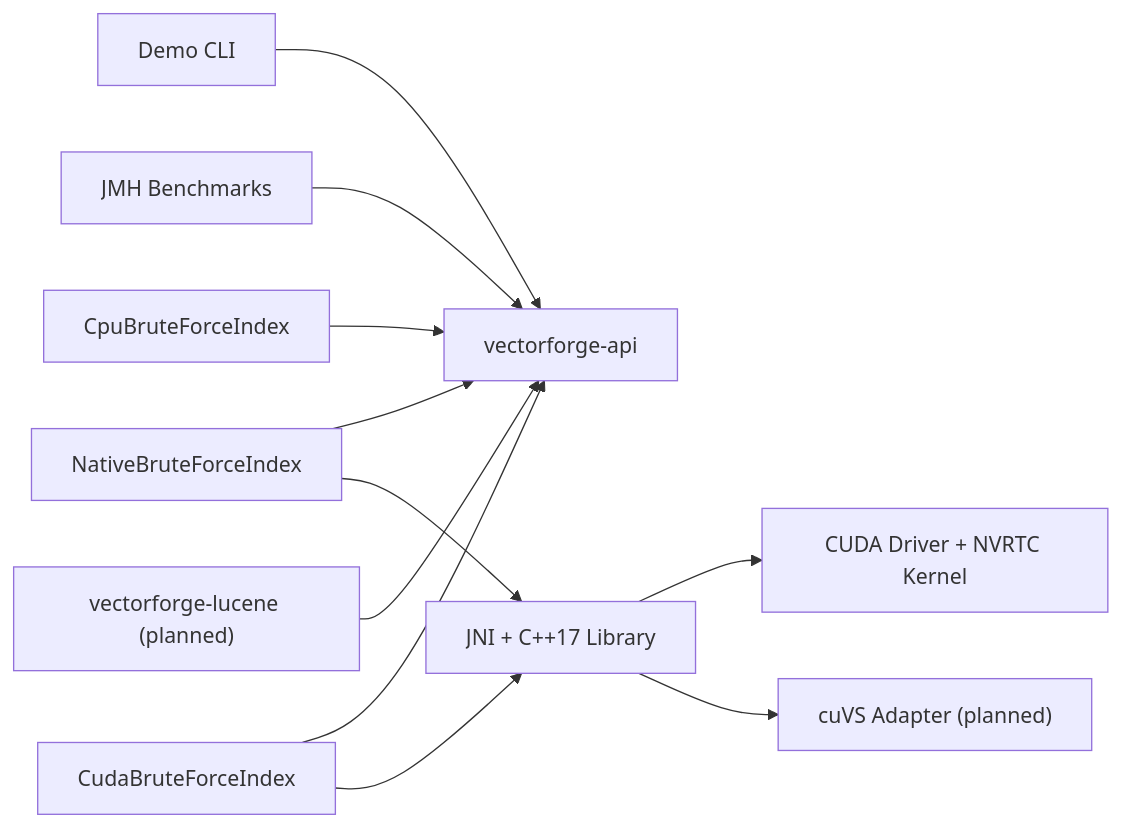
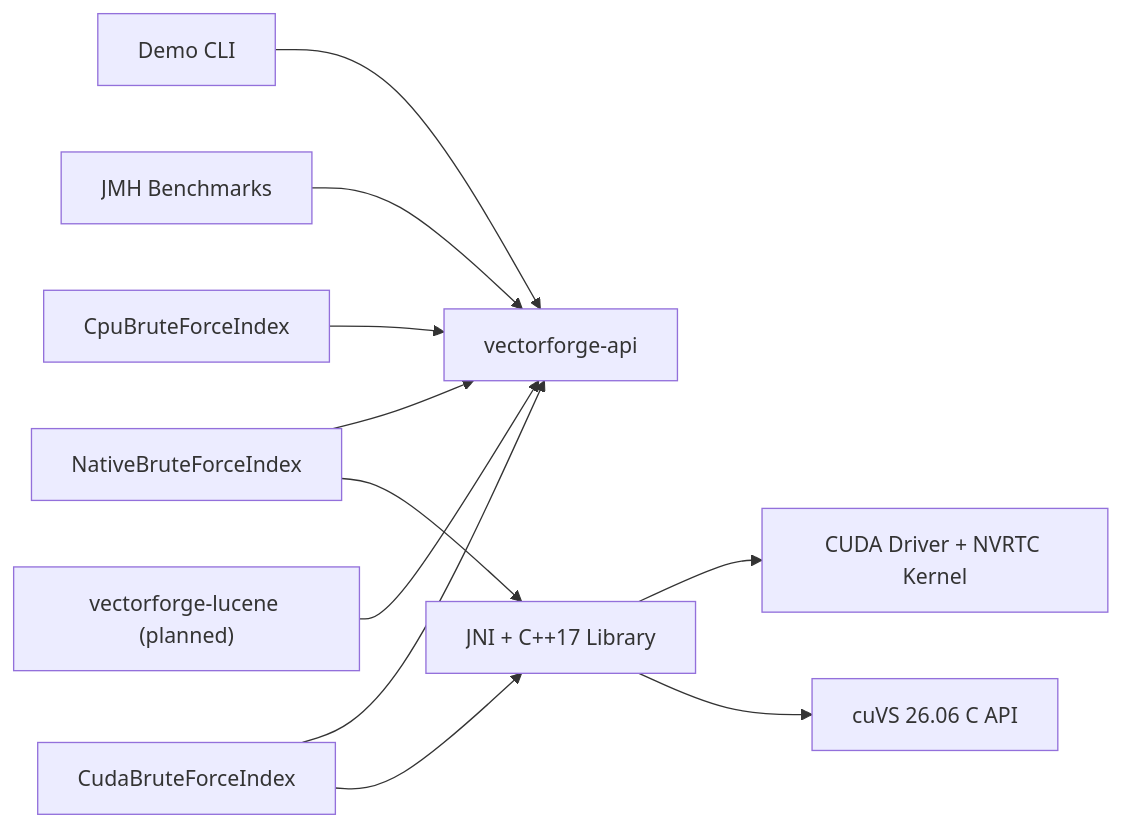
The diagram in README.md (AntVann/Java-Vector-Search), drawn with Mermaid before and after one commit. The commit also changed other lines of this file and 16 other files, not shown here.

````diff
--- a/README.md
+++ b/README.md
@@ -18,13 +18,13 @@
 ```mermaid
 flowchart LR
     Demo["Demo CLI"] --> API["vectorforge-api"]
     Bench["JMH Benchmarks"] --> API
     CPU["CpuBruteForceIndex"] --> API
     NativeJava["NativeBruteForceIndex"] --> API
     NativeJava --> NativeCpp["JNI + C++17 Library"]
     GpuJava["CudaBruteForceIndex"] --> API
     GpuJava --> NativeCpp
     NativeCpp --> GPU["CUDA Driver + NVRTC Kernel"]
-    NativeCpp --> CUVS["cuVS Adapter (planned)"]
+    NativeCpp --> CUVS["cuVS 26.06 C API"]
     Lucene["vectorforge-lucene (planned)"] --> API
 ```
````
